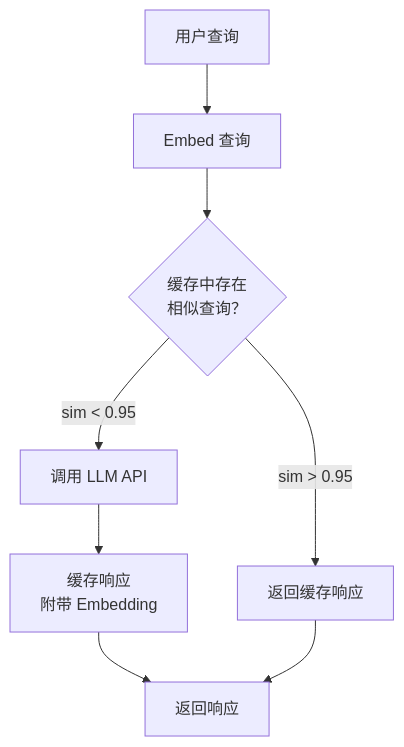
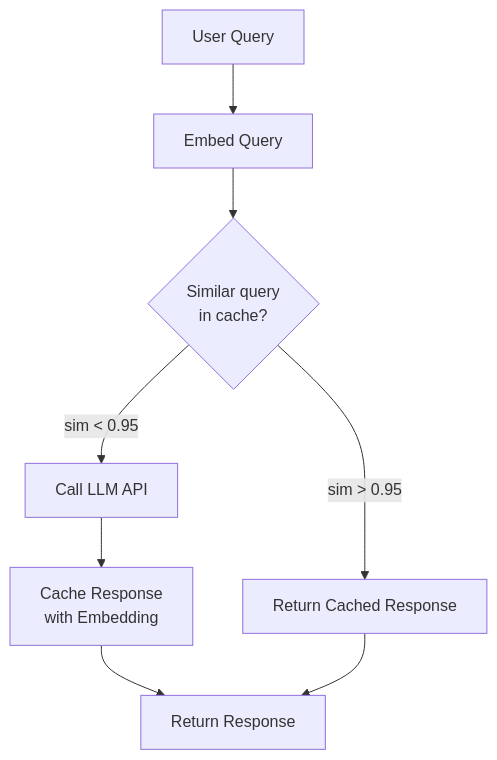
Before and after one commit to xiaojiaenen/ai-engineering-from-scratch-zh: the second of 3 diagrams in i18n/zh/phases/11-llm-engineering/11-caching-cost/docs/zh.md, drawn with Mermaid. The commit also changed other lines of this file and 17 other files, not shown here.

````diff
--- a/i18n/zh/phases/11-llm-engineering/11-caching-cost/docs/zh.md
+++ b/i18n/zh/phases/11-llm-engineering/11-caching-cost/docs/zh.md
@@ -84,10 +83,10 @@
 ```mermaid
 flowchart TD
-    A[用户查询] --> B[Embed 查询]
-    B --> C{缓存中存在<br/>相似查询？}
-    C -->|sim > 0.95| D[返回缓存响应]
-    C -->|sim < 0.95| E[调用 LLM API]
-    E --> F[缓存响应<br/>附带 Embedding]
-    F --> G[返回响应]
+    A[User Query] --> B[Embed Query]
+    B --> C{Similar query<br/>in cache?}
+    C -->|sim > 0.95| D[Return Cached Response]
+    C -->|sim < 0.95| E[Call LLM API]
+    E --> F[Cache Response<br/>with Embedding]
+    F --> G[Return Response]
     D --> G
 ```
````
